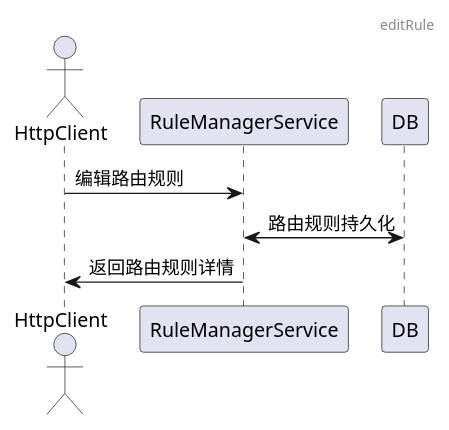
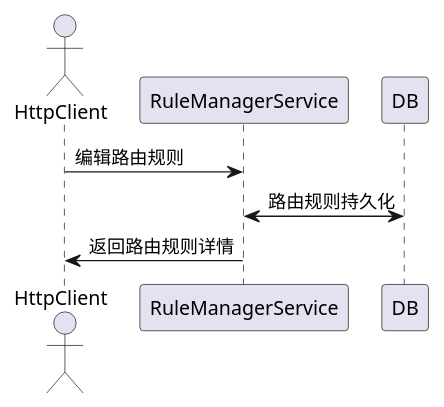
Before and after one commit to tkeel-io/docs: the fifth of 8 diagrams in docs/api/appendix/plantuml/rule_manager.md, drawn with PlantUML. The commit also changed other lines of this file and 2 other files, not shown here.

````diff
--- a/docs/api/appendix/plantuml/rule_manager.md
+++ b/docs/api/appendix/plantuml/rule_manager.md
@@ -81,13 +73,11 @@
 ```plantuml
 @startuml
-header editRule
-
 actor HttpClient
 participant RuleManagerService
 participant DB
 
 HttpClient->RuleManagerService:编辑路由规则
 RuleManagerService<->DB:路由规则持久化
 RuleManagerService->HttpClient:返回路由规则详情
 @enduml
 ```
````
